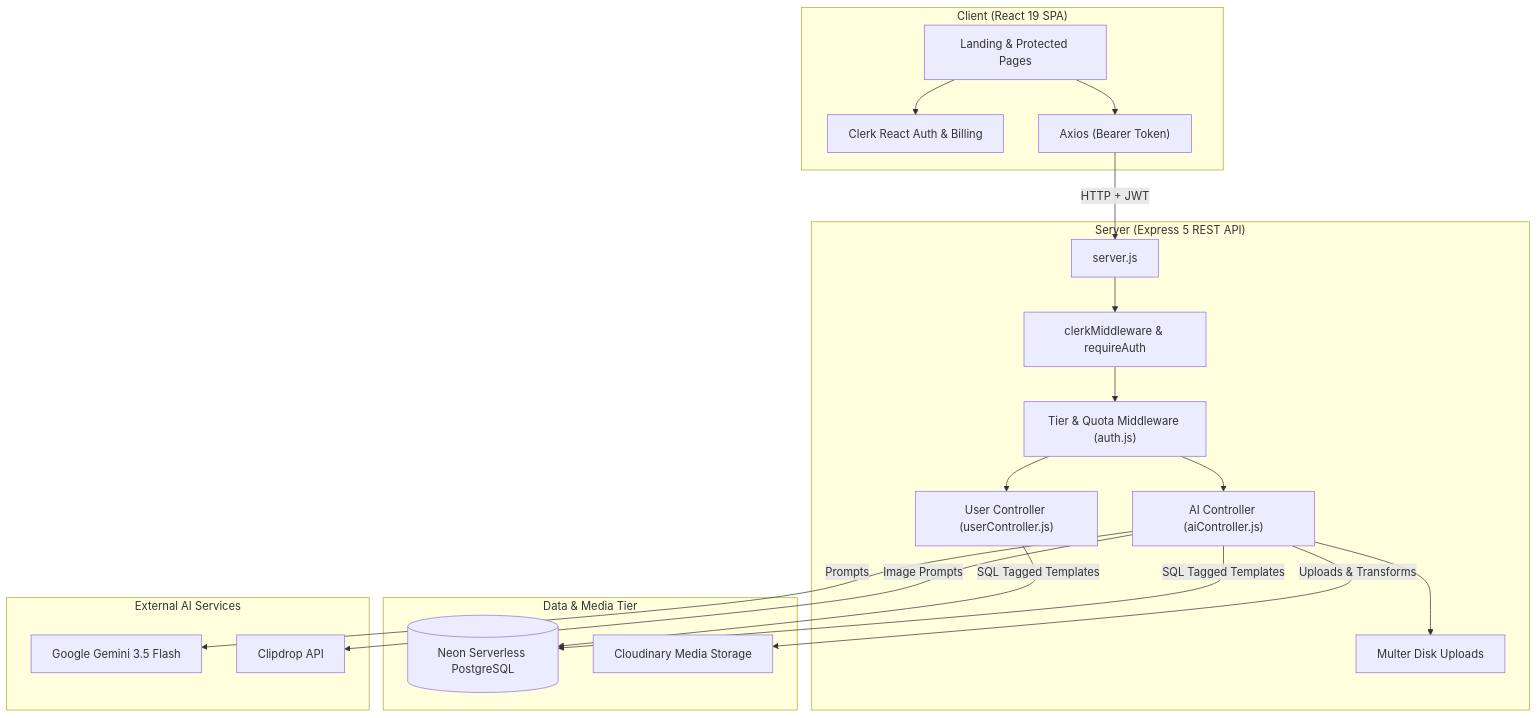
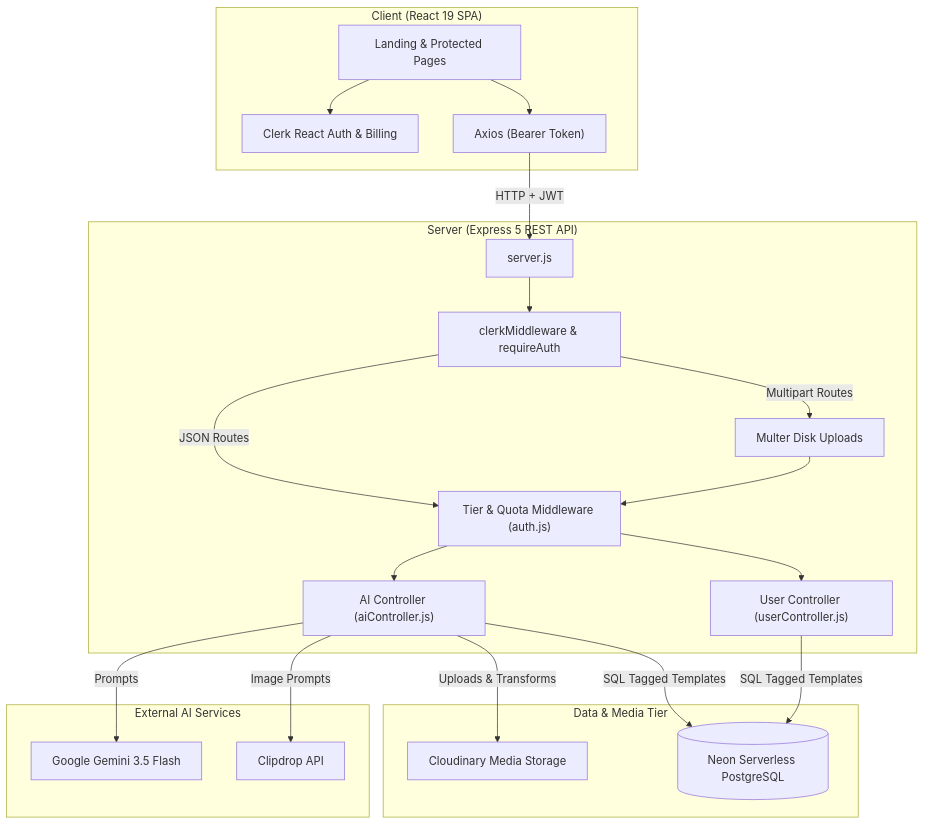
Before and after one commit to KunalGiri08/QuickAI: the first of 2 diagrams in README.md, drawn with Mermaid. The commit also changed other lines of this file and 3 other files, not shown here.

````diff
--- a/README.md
+++ b/README.md
@@ -149,42 +149,43 @@
 ```mermaid
 flowchart TD
     subgraph Client ["Client (React 19 SPA)"]
         UI["Landing & Protected Pages"]
         ClerkUI["Clerk React Auth & Billing"]
         Axios["Axios (Bearer Token)"]
     end
 
     subgraph API ["Server (Express 5 REST API)"]
         ServerCore["server.js"]
         AuthGlobal["clerkMiddleware & requireAuth"]
         AuthTier["Tier & Quota Middleware (auth.js)"]
         AICtrl["AI Controller (aiController.js)"]
         UserCtrl["User Controller (userController.js)"]
         MulterStorage["Multer Disk Uploads"]
     end
 
     subgraph Storage ["Data & Media Tier"]
         Neon[("Neon Serverless PostgreSQL")]
         Cloudinary["Cloudinary Media Storage"]
     end
 
     subgraph AIProviders ["External AI Services"]
         Gemini["Google Gemini 3.5 Flash"]
         Clipdrop["Clipdrop API"]
     end
 
     UI --> ClerkUI
     UI --> Axios
     Axios -- "HTTP + JWT" --> ServerCore
     ServerCore --> AuthGlobal
-    AuthGlobal --> AuthTier
+    AuthGlobal -- "JSON Routes" --> AuthTier
+    AuthGlobal -- "Multipart Routes" --> MulterStorage
+    MulterStorage --> AuthTier
     AuthTier --> AICtrl
     AuthTier --> UserCtrl
-    AICtrl --> MulterStorage
 
     AICtrl -- "Prompts" --> Gemini
     AICtrl -- "Image Prompts" --> Clipdrop
     AICtrl -- "Uploads & Transforms" --> Cloudinary
     AICtrl -- "SQL Tagged Templates" --> Neon
     UserCtrl -- "SQL Tagged Templates" --> Neon
 ```
````
